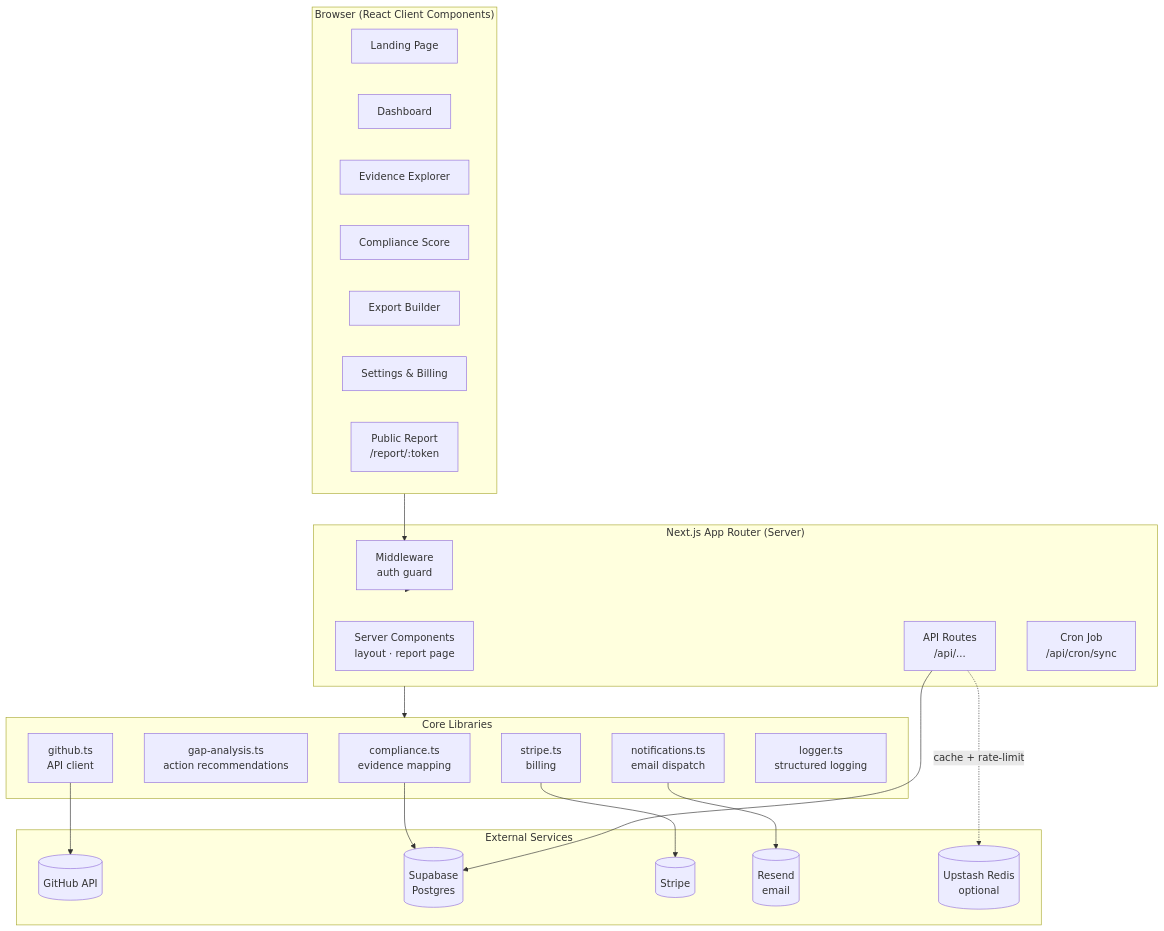
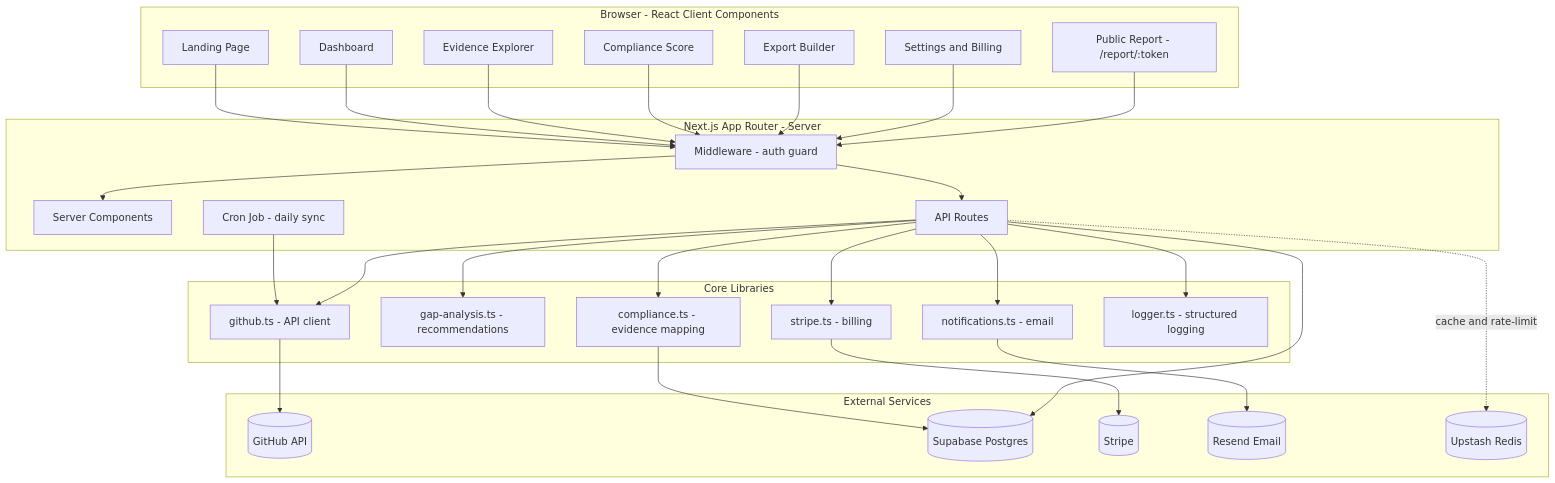
Before and after one commit to JohnJohnW/audittrail-dev: the fourth of 13 diagrams in README.md, drawn with Mermaid. The commit also changed other lines of this file, not shown here.

First line of the commit message:
Fix remaining Mermaid diagram syntax issues in README

````diff
--- a/README.md
+++ b/README.md
@@ -142,46 +143,47 @@
 ```mermaid
 graph TB
-    subgraph Client ["Browser (React Client Components)"]
+    subgraph Client ["Browser - React Client Components"]
         LP[Landing Page]
         DB[Dashboard]
         EV[Evidence Explorer]
         CO[Compliance Score]
         EX[Export Builder]
-        ST[Settings & Billing]
-        PR[Public Report\n/report/:token]
+        ST["Settings and Billing"]
+        PR["Public Report - /report/:token"]
     end
 
-    subgraph Server ["Next.js App Router (Server)"]
-        MW[Middleware\nauth guard]
-        SC[Server Components\nlayout · report page]
-        AR[API Routes\n/api/...]
-        CJ[Cron Job\n/api/cron/sync]
+    subgraph Server ["Next.js App Router - Server"]
+        MW["Middleware - auth guard"]
+        SC["Server Components"]
+        AR["API Routes"]
+        CJ["Cron Job - daily sync"]
     end
 
     subgraph Lib ["Core Libraries"]
-        CE[compliance.ts\nevidence mapping]
-        GA[gap-analysis.ts\naction recommendations]
-        GH[github.ts\nAPI client]
-        NF[notifications.ts\nemail dispatch]
-        SL[stripe.ts\nbilling]
-        LG[logger.ts\nstructured logging]
+        CE["compliance.ts - evidence mapping"]
+        GA["gap-analysis.ts - recommendations"]
+        GH["github.ts - API client"]
+        NF["notifications.ts - email"]
+        SL["stripe.ts - billing"]
+        LG["logger.ts - structured logging"]
     end
 
     subgraph Ext ["External Services"]
         GitHub[(GitHub API)]
-        Supa[(Supabase\nPostgres)]
+        Supa[(Supabase Postgres)]
         Stripe[(Stripe)]
-        Resend[(Resend\nemail)]
-        Redis[(Upstash Redis\noptional)]
+        Resend[(Resend Email)]
+        Redis[(Upstash Redis)]
     end
 
-    Client --> MW
-    MW --> Server
-    Server --> Lib
+    LP & DB & EV & CO & EX & ST & PR --> MW
+    MW --> SC & AR
+    CJ --> GH
+    AR --> CE & GA & GH & NF & SL & LG
     GH --> GitHub
     CE --> Supa
     AR --> Supa
     SL --> Stripe
     NF --> Resend
-    AR -.->|cache + rate-limit| Redis
+    AR -.->|cache and rate-limit| Redis
 ```
````
